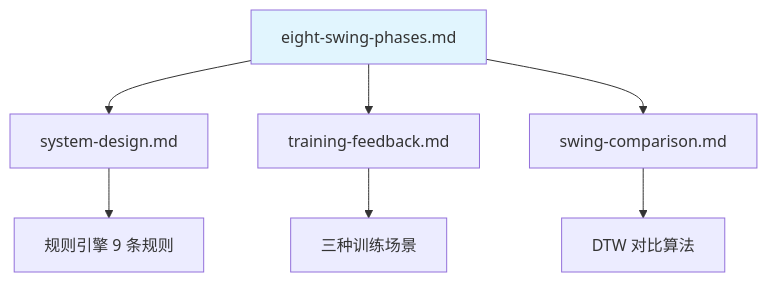
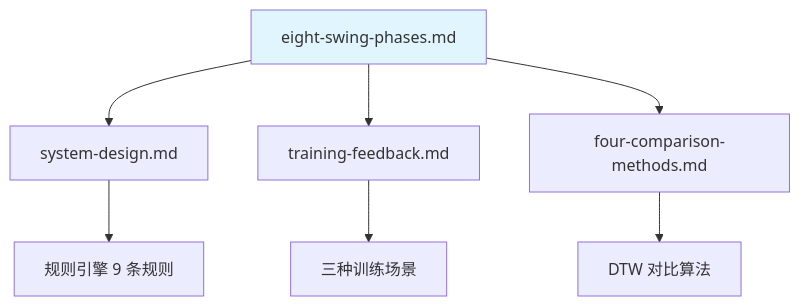
The diagram in docs/zh/design/specs/eight-swing-phases.md (movement-chain-ai/movement-chain-docs), drawn with Mermaid before and after one commit. The commit also changed other lines of this file and 8 other files, not shown here.

First line of the commit message:
refactor: rename swing-comparison.md to four-comparison-methods.md

````diff
--- a/docs/zh/design/specs/eight-swing-phases.md
+++ b/docs/zh/design/specs/eight-swing-phases.md
@@ -435,12 +435,12 @@
 ```mermaid
 graph TD
     A[eight-swing-phases.md] --> B[system-design.md]
     A --> C[training-feedback.md]
-    A --> D[swing-comparison.md]
+    A --> D[four-comparison-methods.md]
 
     B --> E[规则引擎 9 条规则]
     C --> F[三种训练场景]
     D --> G[DTW 对比算法]
 
     style A fill:#e1f5fe
 ```
````
